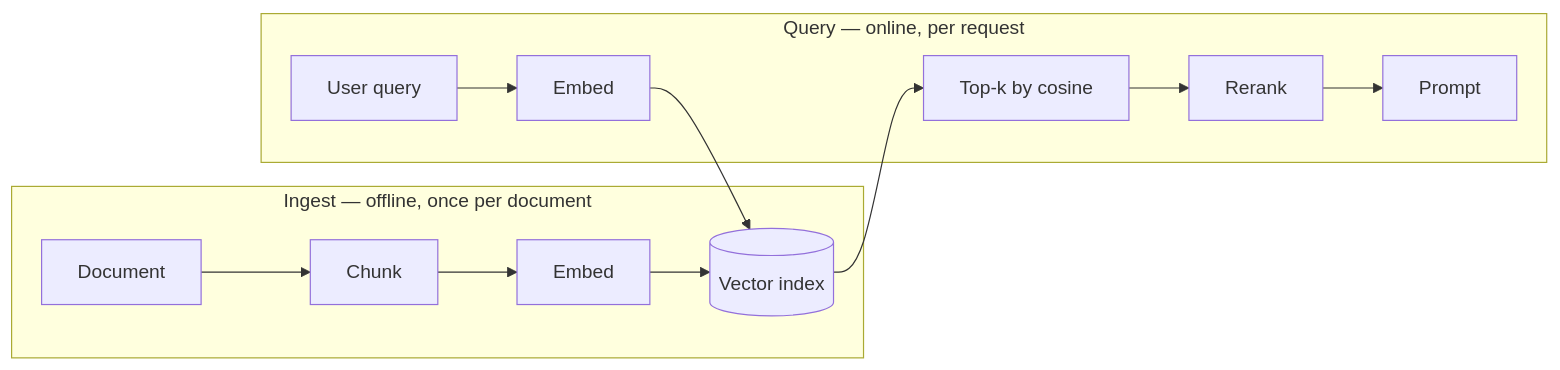
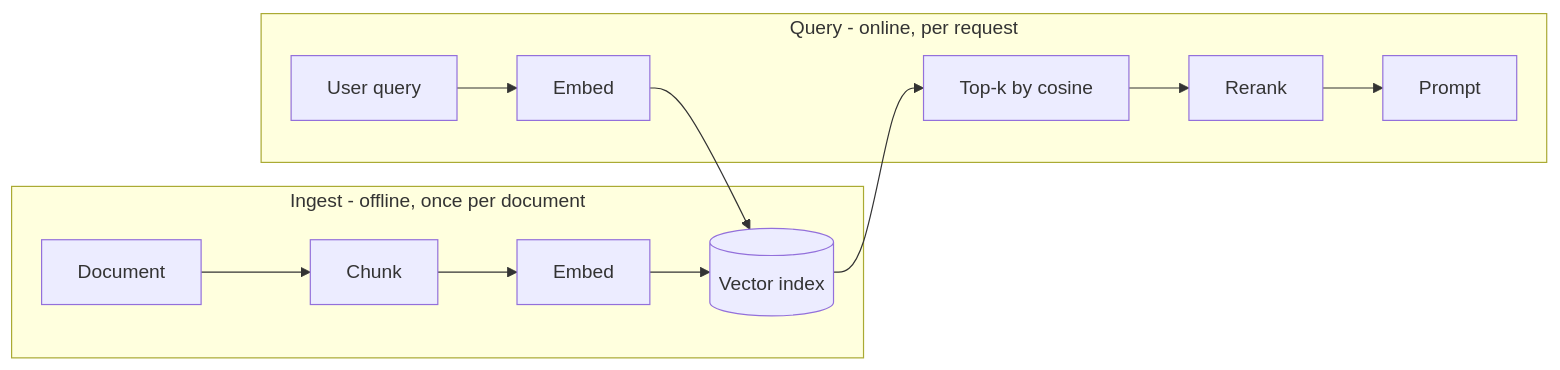
The diagram in src/content/docs/10-ai-engineering/embeddings.mdx (danielsousaoliveira/cs-fundamentals), drawn with Mermaid before and after one commit. The commit also changed other lines of this file and 139 other files, not shown here.

````diff
--- a/src/content/docs/10-ai-engineering/embeddings.mdx
+++ b/src/content/docs/10-ai-engineering/embeddings.mdx
@@ -244,16 +244,16 @@
 ```mermaid
 flowchart LR
-  subgraph Ingest["Ingest — offline, once per document"]
+  subgraph Ingest["Ingest - offline, once per document"]
     D[Document] --> C[Chunk]
     C --> E1[Embed]
     E1 --> S[(Vector index)]
   end
 
-  subgraph Query["Query — online, per request"]
+  subgraph Query["Query - online, per request"]
     Q[User query] --> E2[Embed]
     E2 --> S
     S --> K[Top-k by cosine]
     K --> R[Rerank]
     R --> P[Prompt]
   end
 ```
````
